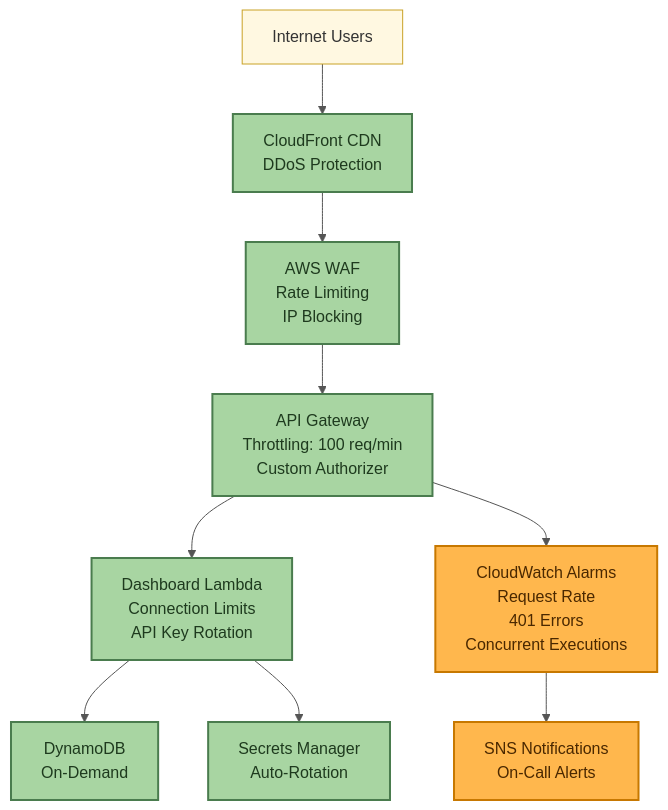
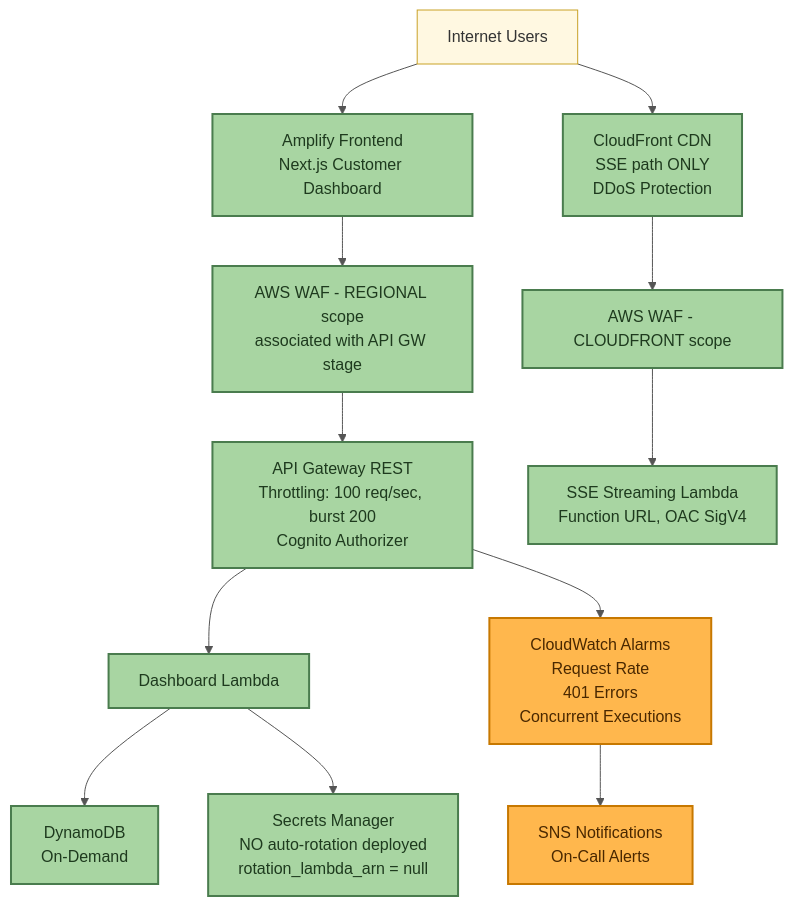
Before and after one commit to traylorre/sentiment-analyzer-gsk: the third of 3 diagrams in docs/security/DASHBOARD_SECURITY_ANALYSIS.md, drawn with Mermaid. The commit also changed other lines of this file and 96 other files, not shown here.

````diff
--- a/docs/security/DASHBOARD_SECURITY_ANALYSIS.md
+++ b/docs/security/DASHBOARD_SECURITY_ANALYSIS.md
@@ -354,19 +354,22 @@
 ```mermaid
 %%{init: {'theme':'base', 'themeVariables': {'primaryColor':'#fff8e1', 'primaryTextColor':'#333', 'primaryBorderColor':'#c9a227', 'lineColor':'#555'}}}%%
 graph TB
-    Internet[Internet Users] --> CloudFront[CloudFront CDN<br/>DDoS Protection]
-    CloudFront --> WAF[AWS WAF<br/>Rate Limiting<br/>IP Blocking]
-    WAF --> APIGW[API Gateway<br/>Throttling: 100 req/min<br/>Custom Authorizer]
-    APIGW --> Dashboard[Dashboard Lambda<br/>Connection Limits<br/>API Key Rotation]
+    Internet[Internet Users] --> Amplify[Amplify Frontend<br/>Next.js Customer Dashboard]
+    Internet --> CloudFront[CloudFront CDN<br/>SSE path ONLY<br/>DDoS Protection]
+    Amplify --> WAFRegional[AWS WAF - REGIONAL scope<br/>associated with API GW stage]
+    WAFRegional --> APIGW[API Gateway REST<br/>Throttling: 100 req/sec, burst 200<br/>Cognito Authorizer]
+    CloudFront --> WAFCF[AWS WAF - CLOUDFRONT scope]
+    WAFCF --> SSE[SSE Streaming Lambda<br/>Function URL, OAC SigV4]
+    APIGW --> Dashboard[Dashboard Lambda]
     Dashboard --> DynamoDB[DynamoDB<br/>On-Demand]
-    Dashboard --> Secrets[Secrets Manager<br/>Auto-Rotation]
+    Dashboard --> Secrets[Secrets Manager<br/>NO auto-rotation deployed<br/>rotation_lambda_arn = null]
 
     APIGW --> CW[CloudWatch Alarms<br/>Request Rate<br/>401 Errors<br/>Concurrent Executions]
     CW --> SNS[SNS Notifications<br/>On-Call Alerts]
 
     classDef secureNode fill:#a8d5a2,stroke:#4a7c4e,stroke-width:2px,color:#1e3a1e
     classDef monitoringNode fill:#ffb74d,stroke:#c77800,stroke-width:2px,color:#4a2800
 
-    class CloudFront,WAF,APIGW,Dashboard,Secrets,DynamoDB secureNode
+    class Amplify,CloudFront,WAFRegional,WAFCF,APIGW,SSE,Dashboard,Secrets,DynamoDB secureNode
     class CW,SNS monitoringNode
 ```
````
